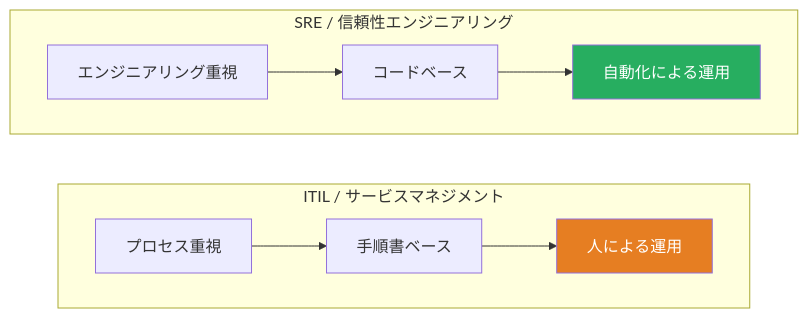
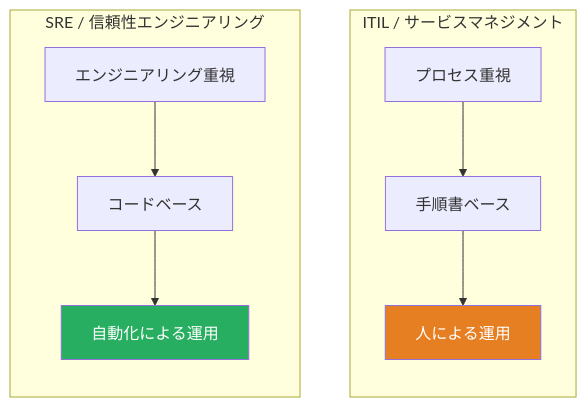
Before and after one commit to shuji-bonji/Management-of-software-systems-and-services: the first of 10 diagrams in sre-reliability-map.md, drawn with Mermaid. The commit also changed other lines of this file and 9 other files, not shown here.

Commit message:
fix: Mermaid図の改善

````diff
--- a/sre-reliability-map.md
+++ b/sre-reliability-map.md
@@ -10,17 +9,17 @@
 ```mermaid
-graph LR
+graph TB
     subgraph ITIL["ITIL / サービスマネジメント"]
-        direction LR
+        direction TB
         I1["プロセス重視"] --> I2["手順書ベース"]
         I2 --> I3["人による運用"]
     end
 
     subgraph SRE["SRE / 信頼性エンジニアリング"]
-        direction LR
+        direction TB
         S1["エンジニアリング重視"] --> S2["コードベース"]
         S2 --> S3["自動化による運用"]
     end
 
     style I3 fill:#E67E22,color:#fff
     style S3 fill:#27AE60,color:#fff
 ```
````
